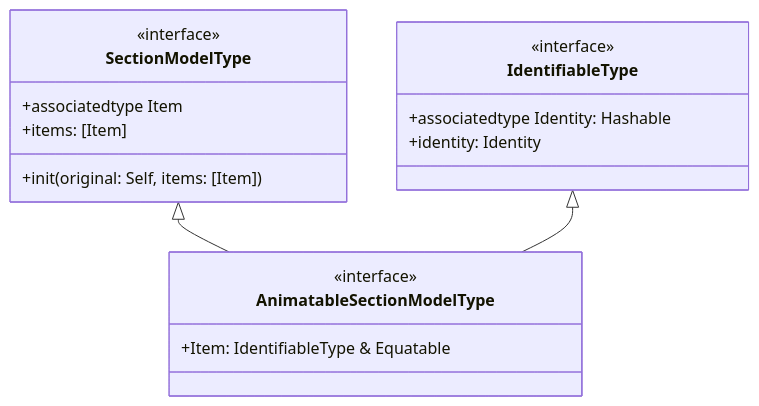
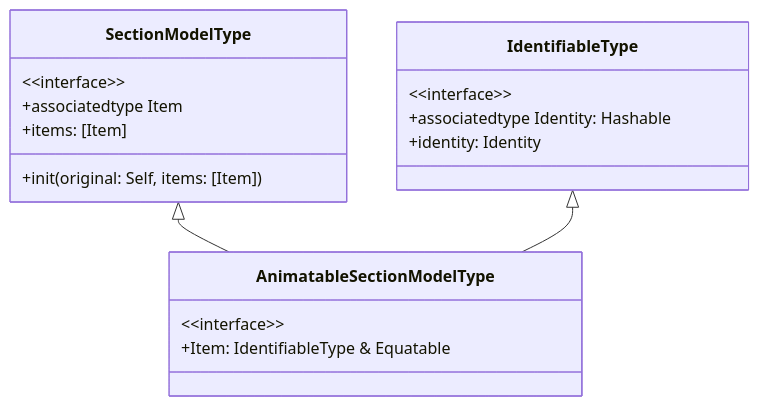
The eighth of 10 diagrams in content/posts/interview/ios-source-analysis/RxSwift源码导读/index.md (AmatsuZero/LastStand), drawn with Mermaid before and after one commit. The commit also changed 1 other file, not shown here.

Commit message:
fix: 修复 RxSwift/Swinject 源码导读文章里的 mermaid classDiagram 渡染失败
全站扫描发现另外两篇文章遗漏了 <<interface>> 转义，同上一次提交（7c7a971）
一样的根因：浏览器 HTML 解析器把裸 <<interface>> 当标签剥离，导致
mermaid.js 拿到残缺文本报 "Syntax error in text"。已转义为
&lt;&lt;interface&gt;&gt; 并用 playwright-cli 实测确认渡染正常。

🤖 Generated with [CodeBuddy Code]

````diff
--- a/content/posts/interview/ios-source-analysis/RxSwift源码导读/index.md
+++ b/content/posts/interview/ios-source-analysis/RxSwift源码导读/index.md
@@ -1510,21 +1510,21 @@
 ```mermaid
 classDiagram
     class SectionModelType {
-        <<interface>>
+        &lt;&lt;interface&gt;&gt;
         +associatedtype Item
         +items: [Item]
         +init(original: Self, items: [Item])
     }
     class IdentifiableType {
-        <<interface>>
+        &lt;&lt;interface&gt;&gt;
         +associatedtype Identity: Hashable
         +identity: Identity
     }
     class AnimatableSectionModelType {
-        <<interface>>
+        &lt;&lt;interface&gt;&gt;
         +Item: IdentifiableType & Equatable
     }
 
     SectionModelType <|-- AnimatableSectionModelType
     IdentifiableType <|-- AnimatableSectionModelType
 ```
````
